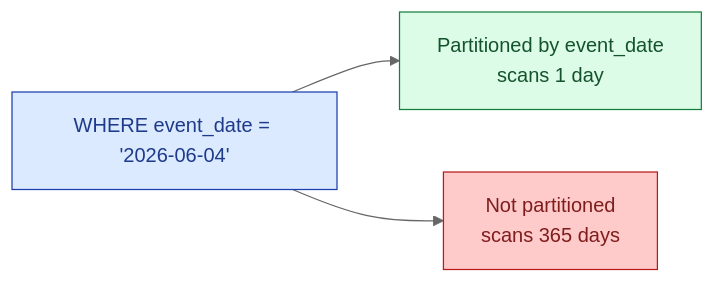
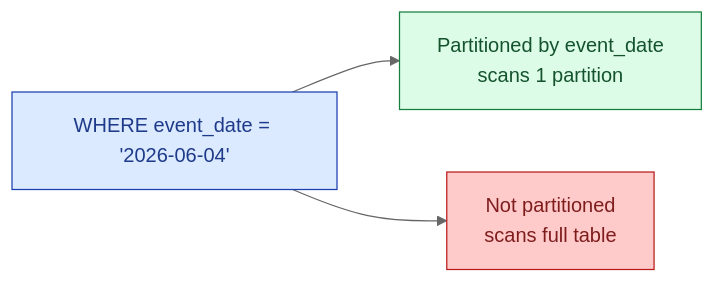
The first of 2 diagrams in _de_concepts/056-partition-for-cost.md (shiningflash/shiningflash.github.io), drawn with Mermaid (neutral theme) before and after one commit. The commit also changed other lines of this file and 69 other files, not shown here.

````diff
--- a/_de_concepts/056-partition-for-cost.md
+++ b/_de_concepts/056-partition-for-cost.md
@@ -12,10 +14,10 @@
 ```mermaid
 flowchart LR
     Q["WHERE event_date = '2026-06-04'"]:::q
-    Q --> Part["Partitioned by event_date<br/>scans 1 day"]:::g
-    Q --> NP["Not partitioned<br/>scans 365 days"]:::r
+    Q --> Part["Partitioned by event_date<br/>scans 1 partition"]:::g
+    Q --> NP["Not partitioned<br/>scans full table"]:::r
 
     classDef q fill:#dbeafe,stroke:#1e40af,color:#1e3a8a
     classDef g fill:#dcfce7,stroke:#15803d,color:#14532d
     classDef r fill:#fecaca,stroke:#b91c1c,color:#7f1d1d
 ```
````
